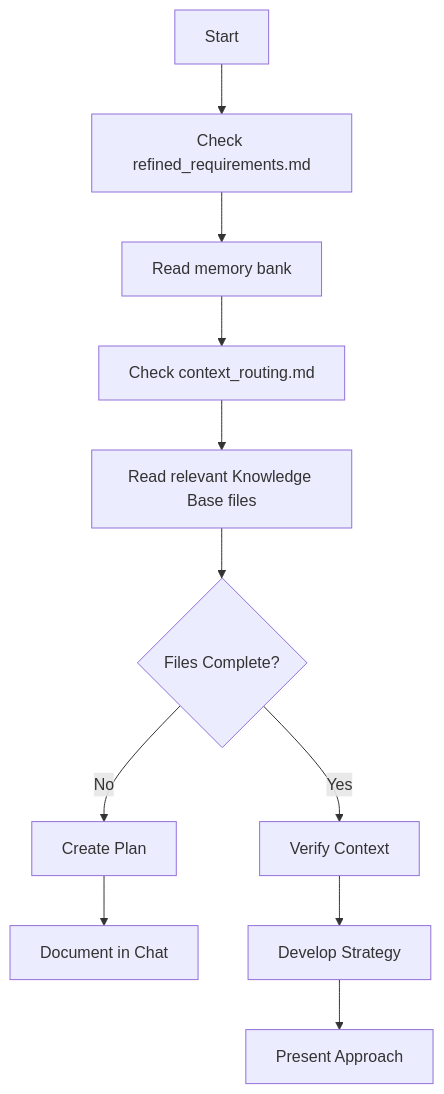
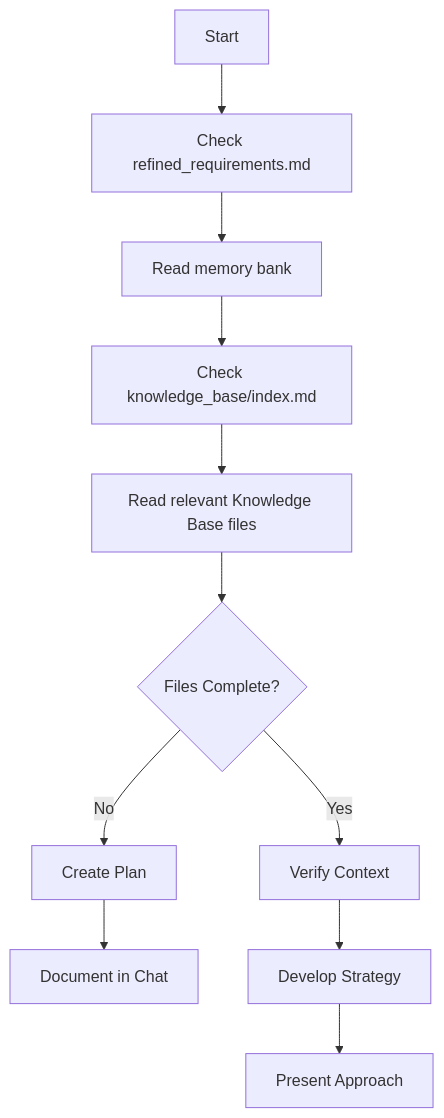
The first of 3 diagrams in rules/coding_agent_workflow.md (sjunepark/ai-development-system), drawn with Mermaid before and after one commit. The commit also changed other lines of this file and 2 other files, not shown here.

````diff
--- a/rules/coding_agent_workflow.md
+++ b/rules/coding_agent_workflow.md
@@ -12,15 +12,15 @@
 ```mermaid
 flowchart TD
     Start[Start] --> CheckReqs[Check refined_requirements.md]
     CheckReqs --> ReadFiles[Read memory bank]
-    ReadFiles --> CheckRouting[Check context_routing.md]
-    CheckRouting --> ReadKB[Read relevant Knowledge Base files]
+    ReadFiles --> CheckKBIndex[Check knowledge_base/index.md]
+    CheckKBIndex --> ReadKB[Read relevant Knowledge Base files]
     ReadKB --> CheckFiles{Files Complete?}
 
     CheckFiles -->|No| Plan[Create Plan]
     Plan --> Document[Document in Chat]
 
     CheckFiles -->|Yes| Verify[Verify Context]
     Verify --> Strategy[Develop Strategy]
     Strategy --> Present[Present Approach]
 ```
````
